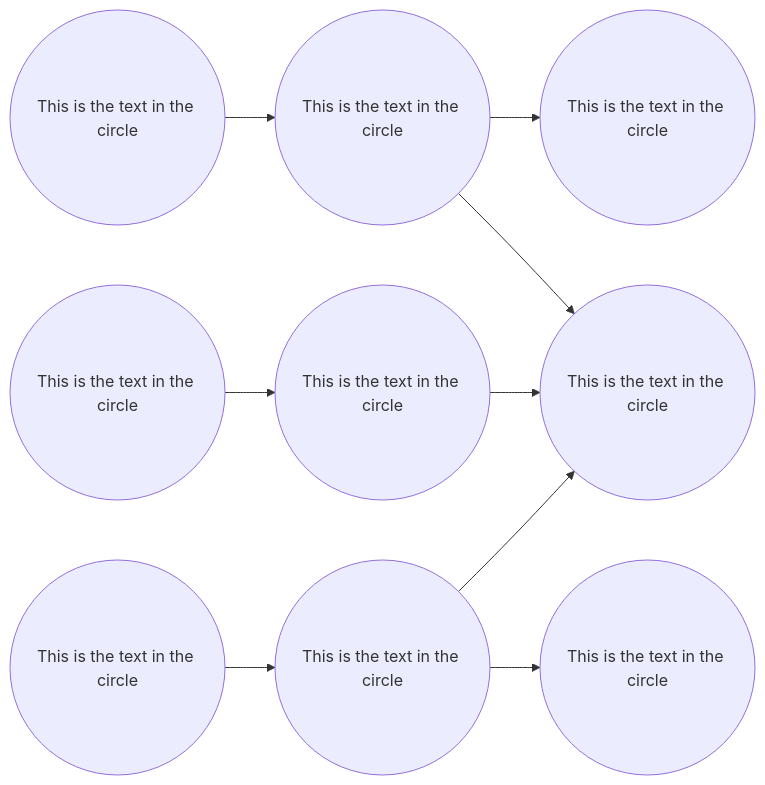
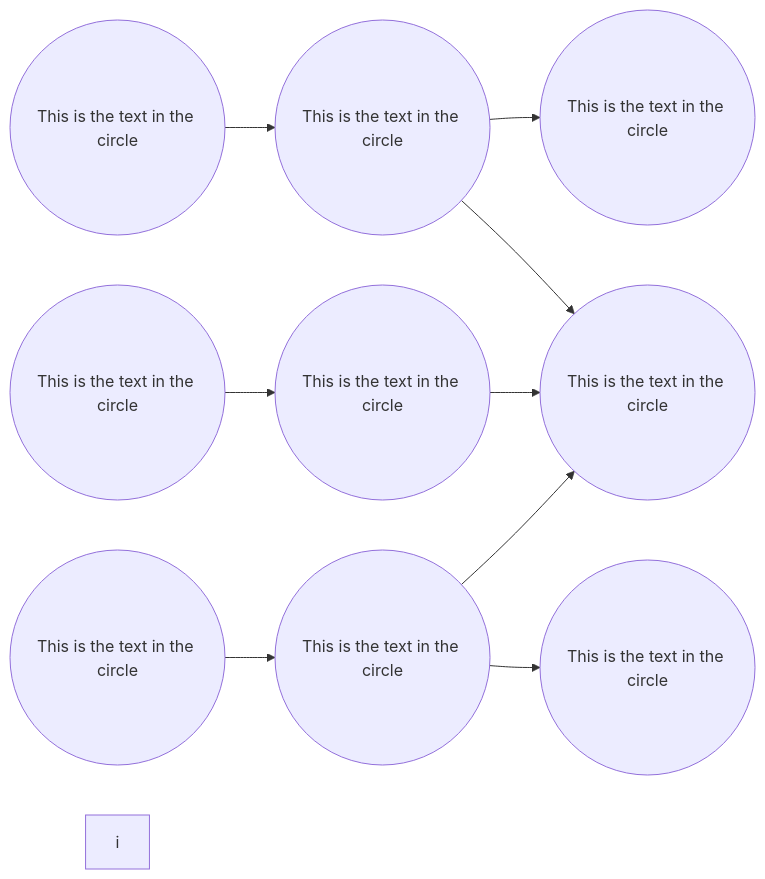
One commit to gerbssusd/dok changed the second of 2 diagrams in slides.md. Above: the diagram before and after it, drawn with Mermaid.

````diff
--- a/slides.md
+++ b/slides.md
@@ -499,15 +499,15 @@
 ```mermaid {scale: .60}
 
 flowchart LR
     id1((This is the text in the circle)) -->
     id2((This is the text in the circle)) -->
     id3((This is the text in the circle))
        id3.1((This is the text in the circle))-->
        id3.2((This is the text in the circle))-->id4
    id2 --> id4((This is the text in the circle)) 
     id5((This is the text in the circle)) -->
       id6((This is the text in the circle))--> id4 
    id6--> id7((This is the text in the circle))
-       
+       i
 
 ```
````
